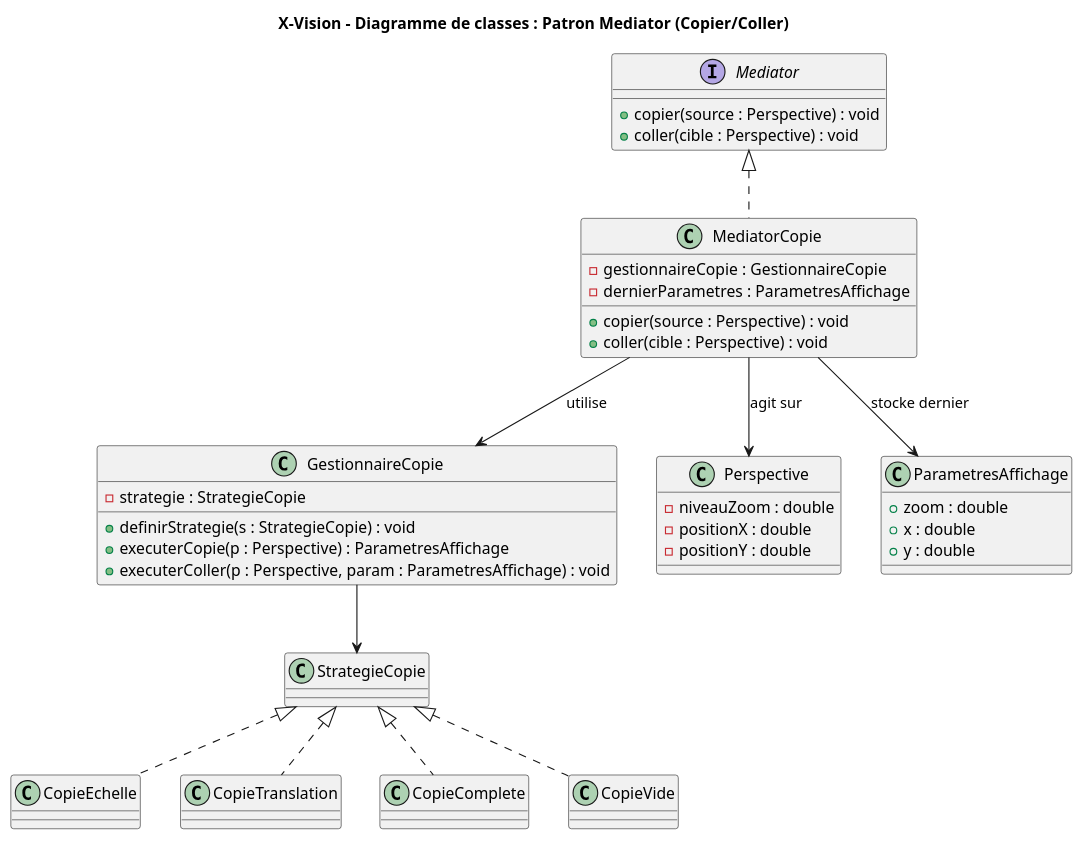
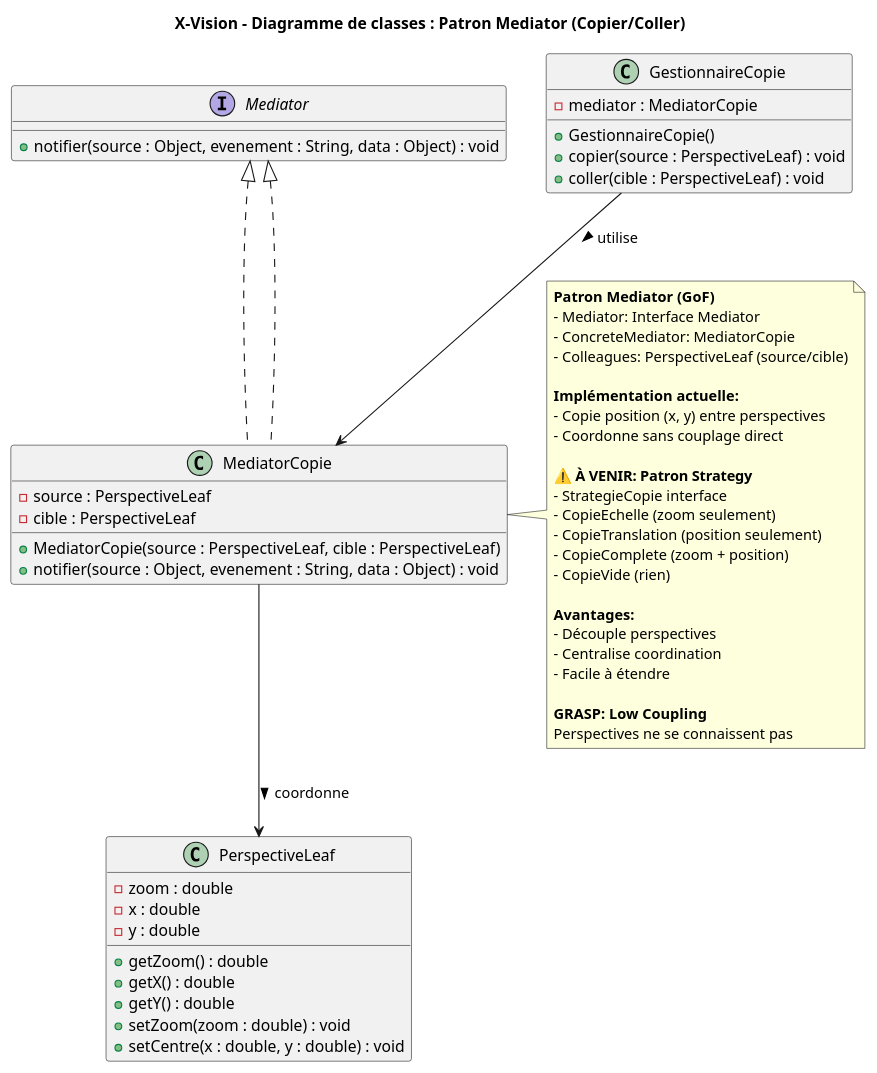
The diagram in docs/diagramme_mediator.puml (antoinemailhot/X-Vision), drawn with PlantUML before and after one commit. The commit also changed 29 other files, not shown here.

```diff
--- a/docs/diagramme_mediator.puml
+++ b/docs/diagramme_mediator.puml
@@ -1,55 +1,74 @@
 @startuml
 ' =====================================================
 ' DIAGRAMME DE CLASSES - PATRON MEDIATOR
 ' Projet : X-Vision
 ' Auteur : Antoine Mailhot & Micaël Racine-Leblanc 
 ' Description : Coordination des opérations de Copier/Coller
 '               des paramètres d’affichage via un médiateur.
 ' =====================================================
 
 title X-Vision - Diagramme de classes : Patron Mediator (Copier/Coller)
 
 interface Mediator {
-    +copier(source : Perspective) : void
-    +coller(cible : Perspective) : void
+    +notifier(source : Object, evenement : String, data : Object) : void
 }
 
 class MediatorCopie implements Mediator {
-    -gestionnaireCopie : GestionnaireCopie
-    -dernierParametres : ParametresAffichage
-    +copier(source : Perspective) : void
-    +coller(cible : Perspective) : void
+    -source : PerspectiveLeaf
+    -cible : PerspectiveLeaf
+    +MediatorCopie(source : PerspectiveLeaf, cible : PerspectiveLeaf)
+    +notifier(source : Object, evenement : String, data : Object) : void
 }
 
 class GestionnaireCopie {
-    -strategie : StrategieCopie
-    +definirStrategie(s : StrategieCopie) : void
-    +executerCopie(p : Perspective) : ParametresAffichage
-    +executerColler(p : Perspective, param : ParametresAffichage) : void
+    -mediator : MediatorCopie
+    +GestionnaireCopie()
+    +copier(source : PerspectiveLeaf) : void
+    +coller(cible : PerspectiveLeaf) : void
 }
 
-class Perspective {
-    -niveauZoom : double
-    -positionX : double
-    -positionY : double
-}
-
-class ParametresAffichage {
-    +zoom : double
-    +x : double
-    +y : double
+class PerspectiveLeaf {
+    -zoom : double
+    -x : double
+    -y : double
+    +getZoom() : double
+    +getX() : double
+    +getY() : double
+    +setZoom(zoom : double) : void
+    +setCentre(x : double, y : double) : void
 }
 
 ' =====================================================
 ' RELATIONS ENTRE LES CLASSES
 ' =====================================================
-MediatorCopie --> GestionnaireCopie : utilise
-MediatorCopie --> ParametresAffichage : stocke dernier
-MediatorCopie --> Perspective : agit sur
-GestionnaireCopie --> StrategieCopie
-StrategieCopie <|.. CopieEchelle
-StrategieCopie <|.. CopieTranslation
-StrategieCopie <|.. CopieComplete
-StrategieCopie <|.. CopieVide
+Mediator <|.. MediatorCopie
+GestionnaireCopie --> MediatorCopie : utilise >
+MediatorCopie --> PerspectiveLeaf : coordonne >
+
+note right of MediatorCopie
+    **Patron Mediator (GoF)**
+    - Mediator: Interface Mediator
+    - ConcreteMediator: MediatorCopie
+    - Colleagues: PerspectiveLeaf (source/cible)
+
+    **Implémentation actuelle:**
+    - Copie position (x, y) entre perspectives
+    - Coordonne sans couplage direct
+
+    **⚠️ À VENIR: Patron Strategy**
+    - StrategieCopie interface
+    - CopieEchelle (zoom seulement)
+    - CopieTranslation (position seulement)
+    - CopieComplete (zoom + position)
+    - CopieVide (rien)
+
+    **Avantages:**
+    - Découple perspectives
+    - Centralise coordination
+    - Facile à étendre
+
+    **GRASP: Low Coupling**
+    Perspectives ne se connaissent pas
+end note
 
 @enduml
```
